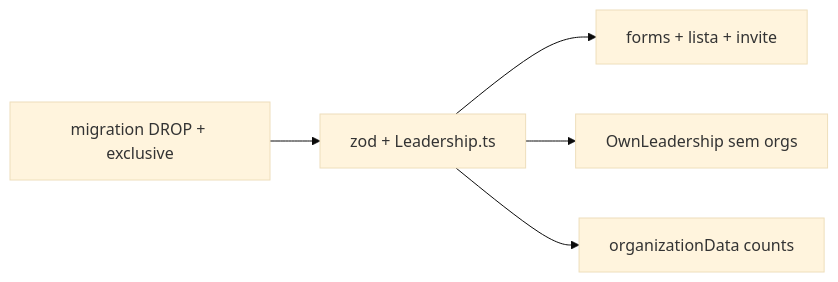
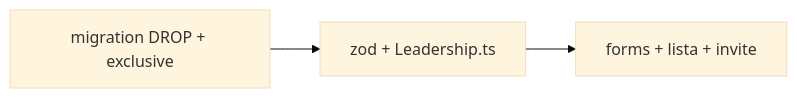
Before and after one commit to fsolla/teqo: the diagram in docs/plans/simplificar-modelo-lideranca.md, drawn with Mermaid (base theme). The commit also changed other lines of this file and 33 other files, not shown here.

````diff
--- a/docs/plans/simplificar-modelo-lideranca.md
+++ b/docs/plans/simplificar-modelo-lideranca.md
@@ -68,7 +70,5 @@
 ```mermaid
 flowchart LR
   Mig["migration DROP + exclusive"] --> Zod["zod + Leadership.ts"]
   Zod --> UI["forms + lista + invite"]
-  Zod --> Access["OwnLeadership sem orgs"]
-  Zod --> Orgs["organizationData counts"]
 ```
````
